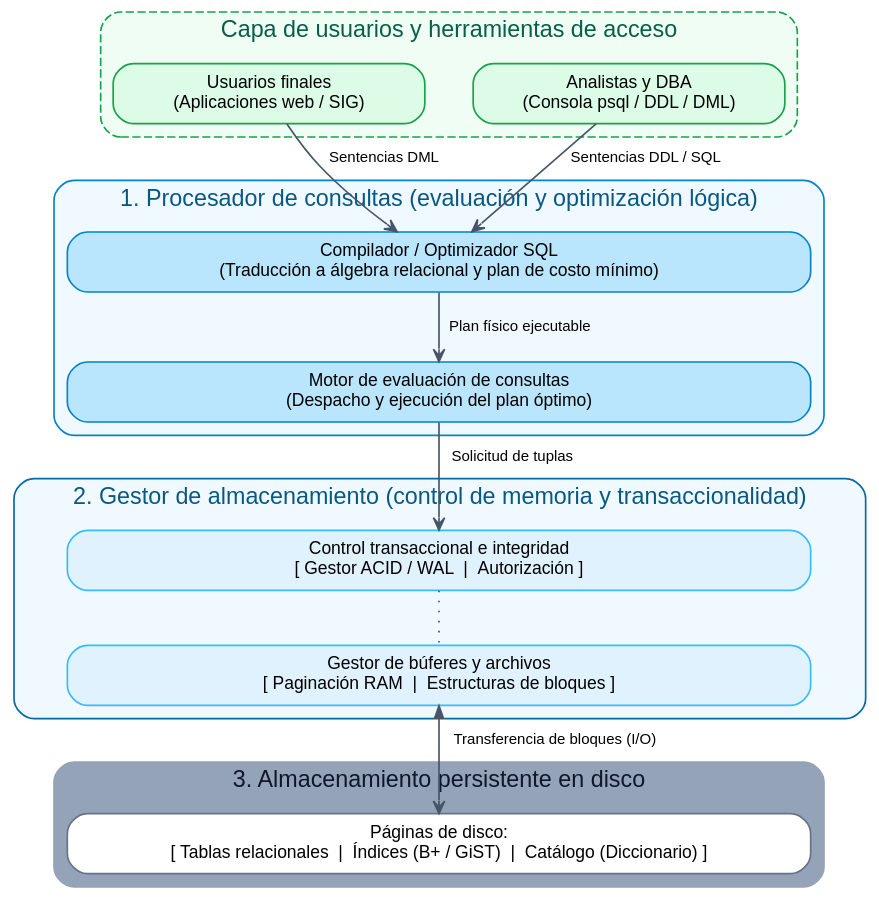
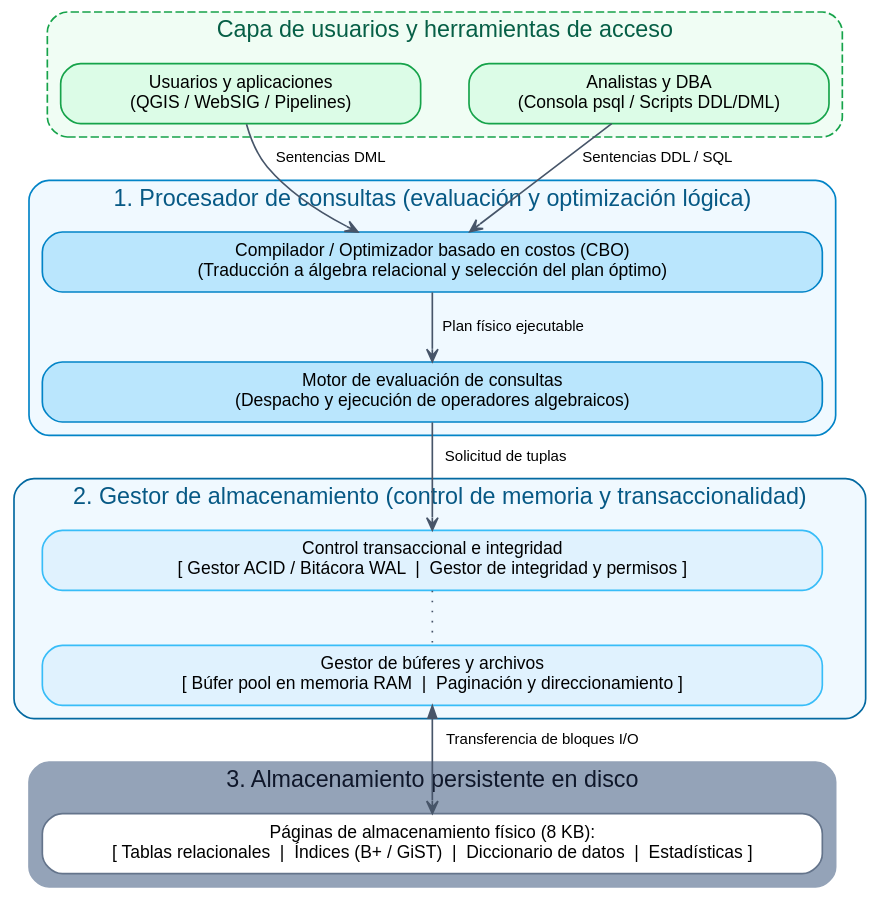
Before and after one commit to Danesvv/BDE-nestor: the second of 5 diagrams in slides/20-d_arquitectura_y_estandares_ogc.qmd, drawn with Graphviz. The commit also changed other lines of this file and 85 other files, not shown here.

````diff
--- a/slides/20-d_arquitectura_y_estandares_ogc.qmd
+++ b/slides/20-d_arquitectura_y_estandares_ogc.qmd
@@ -182,72 +194,68 @@
 ```{dot}
+//| label: dot-arquitectura-silberschatz
 //| fig-align: center
 //| fig-width: 9.5
-//| fig-height: 4.8
+//| fig-height: 7
 //| echo: false
 
 digraph G {
     graph [rankdir=TB, bgcolor="transparent", nodesep=0.4, ranksep=0.45, fontname="Helvetica"];
     node [shape=box, style="filled,rounded", fontname="Helvetica", fontsize=10.5, penwidth=1.0];
     edge [color="#475569", arrowhead=vee, arrowsize=0.75, fontname="Helvetica", fontsize=9];
 
-    // Nivel 1: Usuarios e Interfaces
     subgraph cluster_users {
         label = "Capa de usuarios y herramientas de acceso";
         style = "dashed,rounded";
         color = "#16a34a";
         fontcolor = "#065f46";
         bgcolor = "#f0fdf4";
 
-        u_app [label="Usuarios finales\n(Aplicaciones web / SIG)", fillcolor="#dcfce7", color="#16a34a", width=2.6];
-        u_dba [label="Analistas y DBA\n(Consola psql / DDL / DML)", fillcolor="#dcfce7", color="#16a34a", width=2.6];
+        u_app [label="Usuarios y aplicaciones\n(QGIS / WebSIG / Pipelines)", fillcolor="#dcfce7", color="#16a34a", width=3.0];
+        u_dba [label="Analistas y DBA\n(Consola psql / Scripts DDL/DML)", fillcolor="#dcfce7", color="#16a34a", width=3.0];
 
         { rank=same; u_app; u_dba; }
     }
 
-    // Nivel 2: Procesador de Consultas
     subgraph cluster_qp {
         label = "1. Procesador de consultas (evaluación y optimización lógica)";
         style = "solid,rounded";
         color = "#0284c7";
         fontcolor = "#075985";
         bgcolor = "#f0f9ff";
 
-        parser [label="Compilador / Optimizador SQL\n(Traducción a álgebra relacional y plan de costo mínimo)", fillcolor="#bae6fd", color="#0284c7", width=6.2];
-        engine [label="Motor de evaluación de consultas\n(Despacho y ejecución del plan óptimo)", fillcolor="#bae6fd", color="#0284c7", width=6.2];
+        parser [label="Compilador / Optimizador basado en costos (CBO)\n(Traducción a álgebra relacional y selección del plan óptimo)", fillcolor="#bae6fd", color="#0284c7", width=6.5];
+        engine [label="Motor de evaluación de consultas\n(Despacho y ejecución de operadores algebraicos)", fillcolor="#bae6fd", color="#0284c7", width=6.5];
 
         parser -> engine [label=" Plan físico ejecutable"];
     }
 
-    // Nivel 3: Gestor de Almacenamiento
     subgraph cluster_sm {
         label = "2. Gestor de almacenamiento (control de memoria y transaccionalidad)";
         style = "solid,rounded";
         color = "#0369a1";
         fontcolor = "#075985";
         bgcolor = "#f0f9ff";
 
-        sm_ctrl [label="Control transaccional e integridad\n[ Gestor ACID / WAL  |  Autorización ]", fillcolor="#e0f2fe", color="#38bdf8", width=6.2];
-        sm_buf [label="Gestor de búferes y archivos\n[ Paginación RAM  |  Estructuras de bloques ]", fillcolor="#e0f2fe", color="#38bdf8", width=6.2];
+        sm_ctrl [label="Control transaccional e integridad\n[ Gestor ACID / Bitácora WAL  |  Gestor de integridad y permisos ]", fillcolor="#e0f2fe", color="#38bdf8", width=6.5];
+        sm_buf [label="Gestor de búferes y archivos\n[ Búfer pool en memoria RAM  |  Paginación y direccionamiento ]", fillcolor="#e0f2fe", color="#38bdf8", width=6.5];
 
         sm_ctrl -> sm_buf [style=dotted, arrowhead=none];
     }
 
-    // Nivel 4: Almacenamiento en Disco
     subgraph cluster_disk {
         label = "3. Almacenamiento persistente en disco";
         style = "filled,rounded";
         color = "#94a3b8";
         fontcolor = "#0f172a";
         bgcolor = "#f8fafc";
 
-        disk [label="Páginas de disco:\n[ Tablas relacionales  |  Índices (B+ / GiST)  |  Catálogo (Diccionario) ]", fillcolor="#ffffff", color="#64748b", width=6.2];
+        disk [label="Páginas de almacenamiento físico (8 KB):\n[ Tablas relacionales  |  Índices (B+ / GiST)  |  Diccionario de datos  |  Estadísticas ]", fillcolor="#ffffff", color="#64748b", width=6.5];
     }
 
-    // Flujos entre capas
     u_app -> parser [label=" Sentencias DML"];
     u_dba -> parser [label=" Sentencias DDL / SQL"];
     engine -> sm_ctrl [label=" Solicitud de tuplas"];
-    sm_buf -> disk [dir=both, label=" Transferencia de bloques (I/O)"];
+    sm_buf -> disk [dir=both, label=" Transferencia de bloques I/O"];
 }
 
 ```
````
